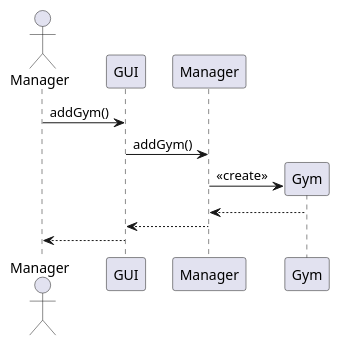
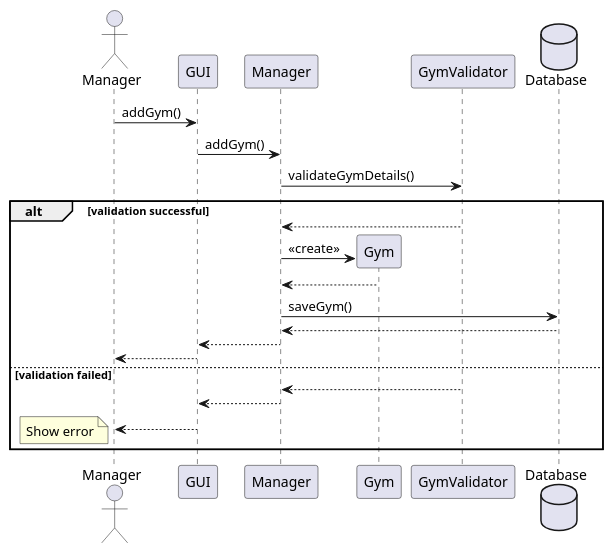
One commit to filip-stepien/software-engineering-lab changed the diagram in src/pattern_diagrams/rafal/diagram_sekwencji/seq_createGym.puml. Above: the diagram before and after it, drawn with PlantUML. The commit also changed 5 other files, not shown here.

```diff
--- a/src/pattern_diagrams/rafal/diagram_sekwencji/seq_createGym.puml
+++ b/src/pattern_diagrams/rafal/diagram_sekwencji/seq_createGym.puml
@@ -1,15 +1,32 @@
 @startuml createGym
 
 actor Manager as manager
 participant GUI as gui
 participant Manager as managerClass 
 participant Gym as gym
+participant GymValidator as validator
+database Database as db
 
 manager -> gui : addGym()
 gui -> managerClass: addGym()
-managerClass -> gym **: <<create>>
-managerClass <-- gym
-gui <-- managerClass
-manager <-- gui
+managerClass -> validator : validateGymDetails()
+
+
+alt validation successful
+    validator --> managerClass 
+    managerClass -> gym **: <<create>>
+    managerClass <-- gym 
+    managerClass -> db : saveGym()
+    db --> managerClass : 
+    managerClass --> gui : 
+    gui --> manager
+else validation failed
+    validator --> managerClass 
+    managerClass --> gui 
+    gui --> manager 
+    note left
+       Show error
+    end note
+end
 
 @enduml
```
